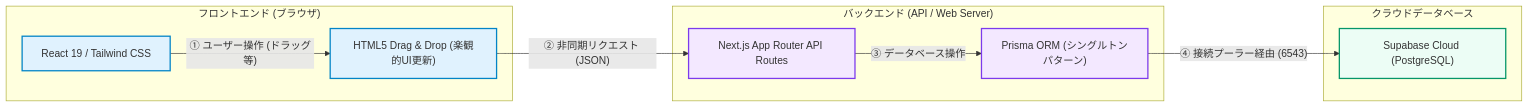
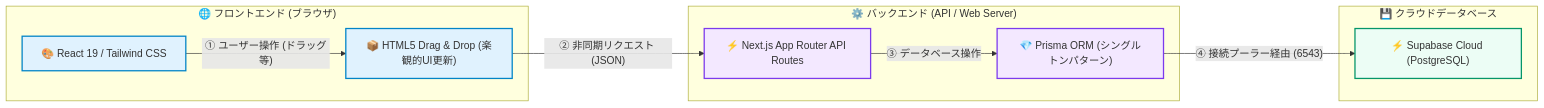
The first of 2 diagrams in README.md (kojiro-tsuji/task-app-asana-clone), drawn with Mermaid before and after one commit. The commit also changed other lines of this file, not shown here.

Commit message:
docs: add technology badges, improve Mermaid architecture flow icon, and fix typo in README.md

````diff
--- a/README.md
+++ b/README.md
@@ -30,26 +40,26 @@
 ```mermaid
 graph LR
     %% スタイル定義
     classDef client fill:#e0f2fe,stroke:#0284c7,stroke-width:2px;
     classDef server fill:#f3e8ff,stroke:#7c3aed,stroke-width:2px;
     classDef db fill:#ecfdf5,stroke:#059669,stroke-width:2px;
 
-    subgraph Client ["フロントエンド (ブラウザ)"]
-        UI["React 19 / Tailwind CSS"]:::client
-        Dnd["HTML5 Drag & Drop (楽観的UI更新)"]:::client
+    subgraph Client ["🌐 フロントエンド (ブラウザ)"]
+        UI["🎨 React 19 / Tailwind CSS"]:::client
+        Dnd["📦 HTML5 Drag & Drop (楽観的UI更新)"]:::client
     end
 
-    subgraph Backend ["バックエンド (API / Web Server)"]
-        NextAPI["Next.js App Router API Routes"]:::server
-        Prisma["Prisma ORM (シングルトンパターン)"]:::server
+    subgraph Backend ["⚙️ バックエンド (API / Web Server)"]
+        NextAPI["⚡ Next.js App Router API Routes"]:::server
+        Prisma["💎 Prisma ORM (シングルトンパターン)"]:::server
     end
 
-    subgraph Database ["クラウドデータベース"]
-        SupaDB["Supabase Cloud (PostgreSQL)"]:::db
+    subgraph Database ["💾 クラウドデータベース"]
+        SupaDB["⚡ Supabase Cloud (PostgreSQL)"]:::db
     end
 
     UI -->|"① ユーザー操作 (ドラッグ等)"| Dnd
     Dnd -->|"② 非同期リクエスト (JSON)"| NextAPI
     NextAPI -->|"③ データベース操作"| Prisma
     Prisma -->|"④ 接続プーラー経由 (6543)"| SupaDB
 ```
````
